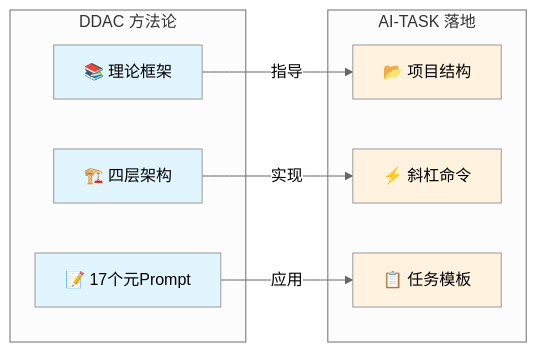
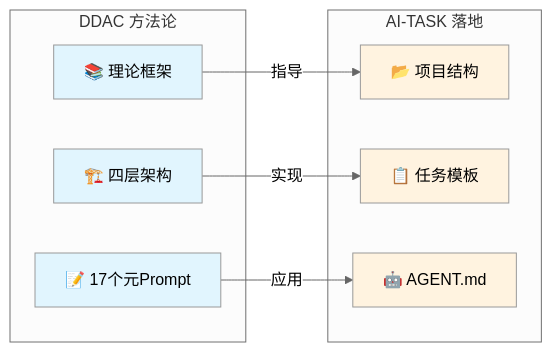
The first of 3 diagrams in README.md (ArnoFrost/AI-TASK), drawn with Mermaid (neutral theme) before and after one commit. The commit also changed other lines of this file and 3 other files, not shown here.

````diff
--- a/README.md
+++ b/README.md
@@ -76,25 +75,25 @@
 ```mermaid
 graph LR
     subgraph "DDAC 方法论"
         D1[📚 理论框架]
         D2[🏗️ 四层架构]
         D3[📝 17个元Prompt]
     end
-    
+
     subgraph "AI-TASK 落地"
         A1[📂 项目结构]
-        A2[⚡ 斜杠命令]
-        A3[📋 任务模板]
+        A2[📋 任务模板]
+        A3[🤖 AGENT.md]
     end
-    
+
     D1 -->|指导| A1
     D2 -->|实现| A2
     D3 -->|应用| A3
-    
+
     style D1 fill:#e1f5fe
     style D2 fill:#e1f5fe
     style D3 fill:#e1f5fe
     style A1 fill:#fff3e0
     style A2 fill:#fff3e0
     style A3 fill:#fff3e0
 ```
````
